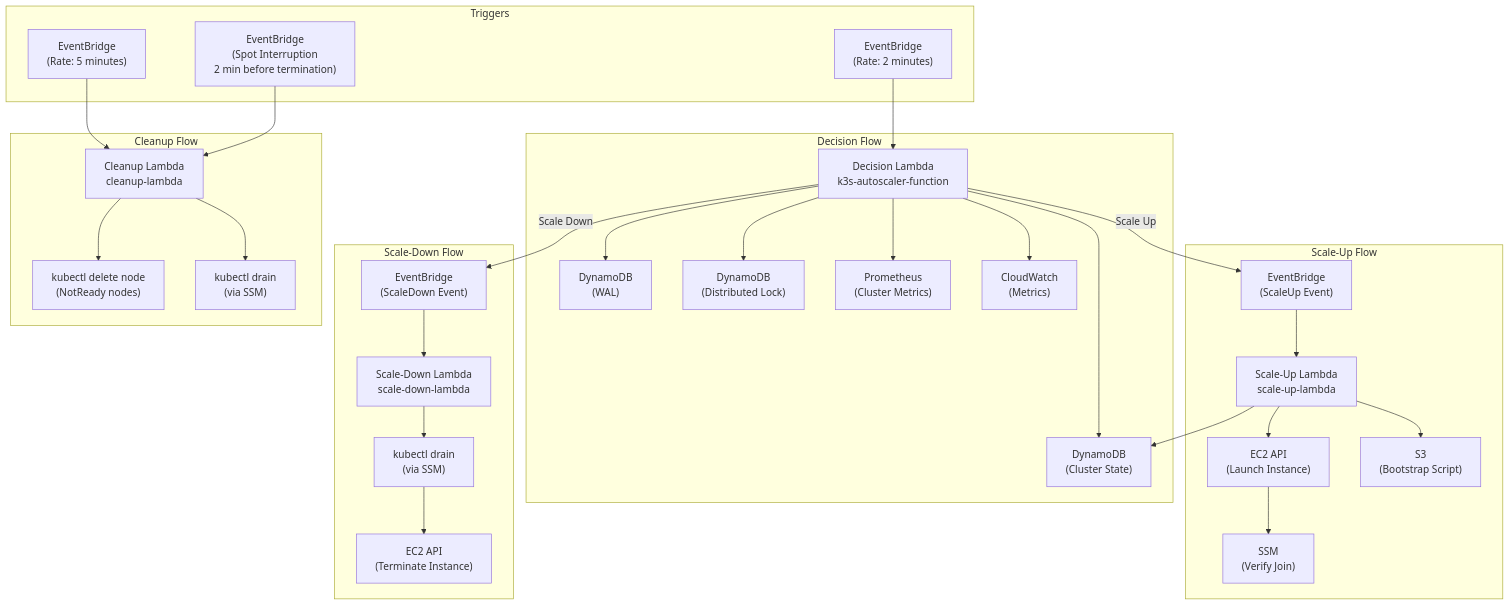
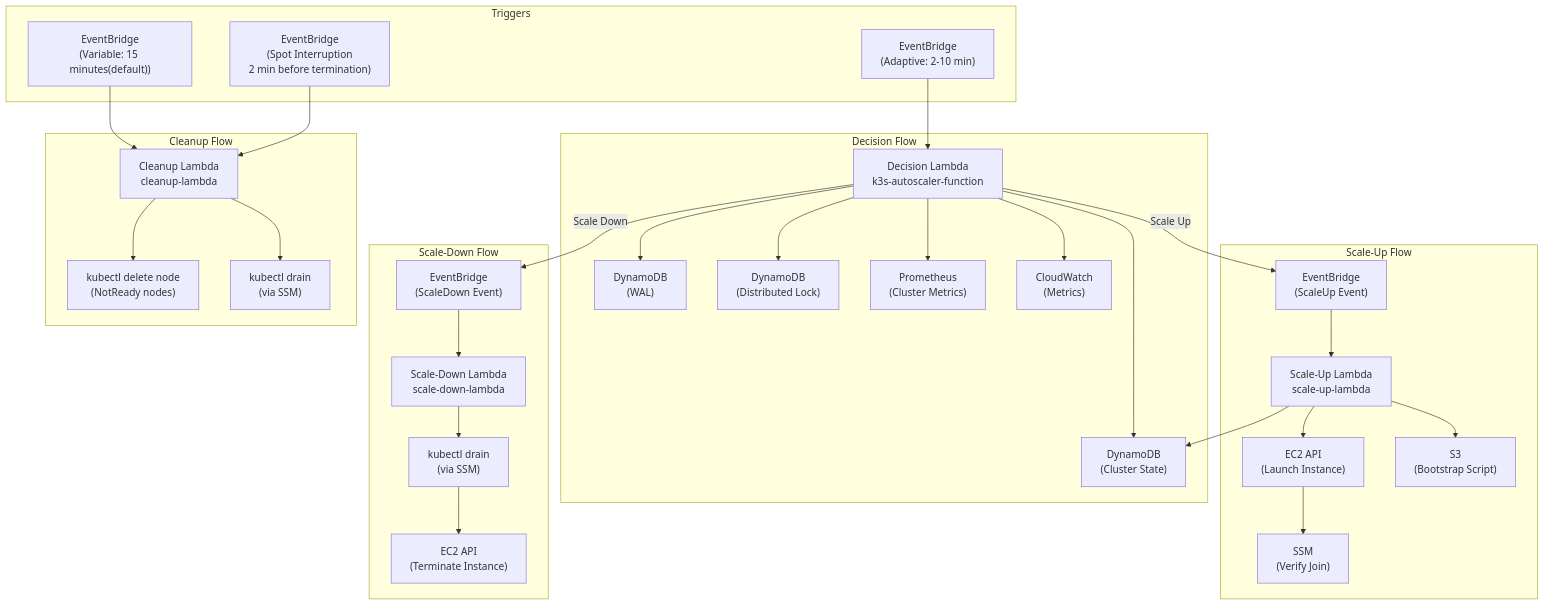
The third of 4 diagrams in README.md (kaziiriad/elastikube), drawn with Mermaid before and after one commit. The commit also changed other lines of this file and 3 other files, not shown here.

````diff
--- a/README.md
+++ b/README.md
@@ -193,73 +193,73 @@
 ```mermaid
 flowchart TD
     subgraph "Triggers"
-        EB1["EventBridge<br/>(Rate: 2 minutes)"]
-        EB2["EventBridge<br/>(Rate: 5 minutes)"]
+        EB1["EventBridge<br/>(Adaptive: 2-10 min)"]
+        EB2["EventBridge<br/>(Variable: 15 minutes(default))"]
         EBSpot["EventBridge<br/>(Spot Interruption<br/>2 min before termination)"]
     end
 
     subgraph "Decision Flow"
         Decision["Decision Lambda<br/>k3s-autoscaler-function"]
         State1["DynamoDB<br/>(Cluster State)"]
         WAL["DynamoDB<br/>(WAL)"]
         Lock["DynamoDB<br/>(Distributed Lock)"]
         Prom["Prometheus<br/>(Cluster Metrics)"]
         CW["CloudWatch<br/>(Metrics)"]
     end
 
     subgraph "Scale-Up Flow"
         EBSU["EventBridge<br/>(ScaleUp Event)"]
         ScaleUp["Scale-Up Lambda<br/>scale-up-lambda"]
         EC2Up["EC2 API<br/>(Launch Instance)"]
         SSM1["SSM<br/>(Verify Join)"]
         S3["S3<br/>(Bootstrap Script)"]
     end
 
     subgraph "Scale-Down Flow"
         EBSD["EventBridge<br/>(ScaleDown Event)"]
         ScaleDown["Scale-Down Lambda<br/>scale-down-lambda"]
         Drain["kubectl drain<br/>(via SSM)"]
         EC2Down["EC2 API<br/>(Terminate Instance)"]
     end
 
     subgraph "Cleanup Flow"
         Cleanup["Cleanup Lambda<br/>cleanup-lambda"]
         K8sClean["kubectl delete node<br/>(NotReady nodes)"]
         SpotDrain["kubectl drain<br/>(via SSM)"]
     end
 
     %% Decision Lambda Flow
     EB1 --> Decision
     Decision --> State1
     Decision --> WAL
     Decision --> Lock
     Decision --> Prom
     Decision --> CW
     Decision -->|"Scale Up"| EBSU
     Decision -->|"Scale Down"| EBSD
 
     %% Scale-Up Flow
     EBSU --> ScaleUp
     ScaleUp --> S3
     ScaleUp --> State1
     ScaleUp --> EC2Up
     EC2Up --> SSM1
 
     %% Scale-Down Flow
     EBSD --> ScaleDown
     ScaleDown --> Drain
     Drain --> EC2Down
 
     %% Cleanup Flow
     EB2 --> Cleanup
     EBSpot --> Cleanup
     Cleanup --> K8sClean
     Cleanup --> SpotDrain
 
     %% Styling
 
     class EB1,EBSU,EBSD,EB2,EBSpot trigger
     class Decision,ScaleUp,ScaleDown,Cleanup lambda
     class EC2Up,EC2Down,SSM1,Drain,S3,CW,K8sClean,SpotDrain aws
     class State1,WAL,Lock db
 ```
````
